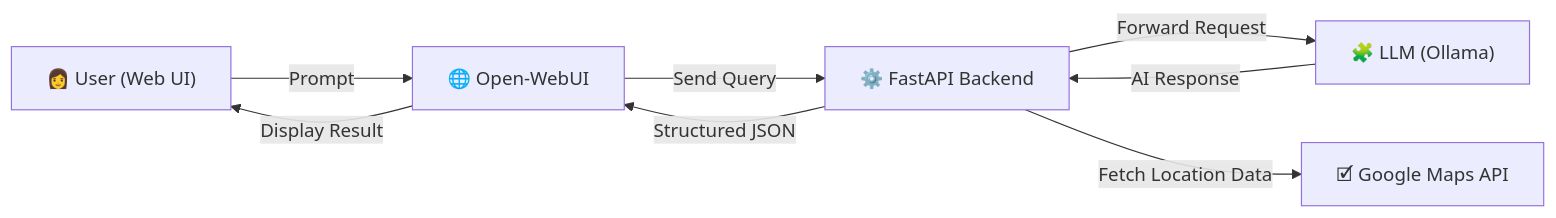
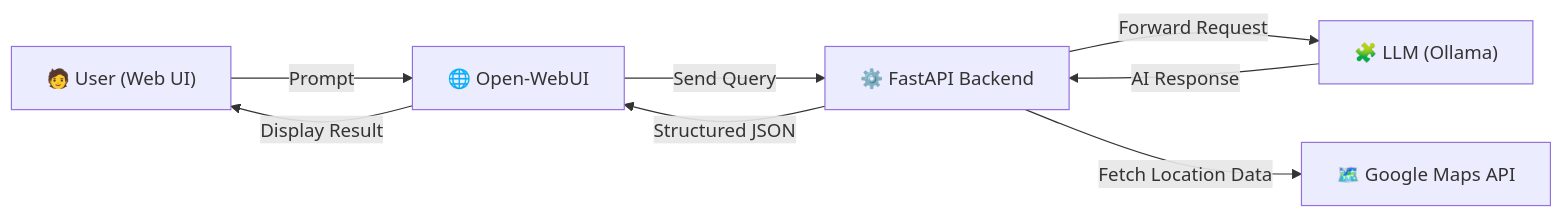
One commit to bayuadam13/heypico-test-AI changed the diagram in README.md. Above: the diagram before and after it, drawn with Mermaid. The commit also changed other lines of this file, not shown here.

````diff
--- a/README.md
+++ b/README.md
@@ -107,10 +99,10 @@
 ```mermaid
 flowchart LR
-    User["👩 User (Web UI)"] -->|Prompt| WebUI["🌐 Open-WebUI"]
+    User["🧑 User (Web UI)"] -->|Prompt| WebUI["🌐 Open-WebUI"]
     WebUI -->|Send Query| FastAPI["⚙️ FastAPI Backend"]
     FastAPI -->|Forward Request| Ollama["🧩 LLM (Ollama)"]
-    FastAPI -->|Fetch Location Data| Google["🗹️ Google Maps API"]
+    FastAPI -->|Fetch Location Data| Google["🗺️ Google Maps API"]
     Ollama -->|AI Response| FastAPI
     FastAPI -->|Structured JSON| WebUI
     WebUI -->|Display Result| User
 ```
````
